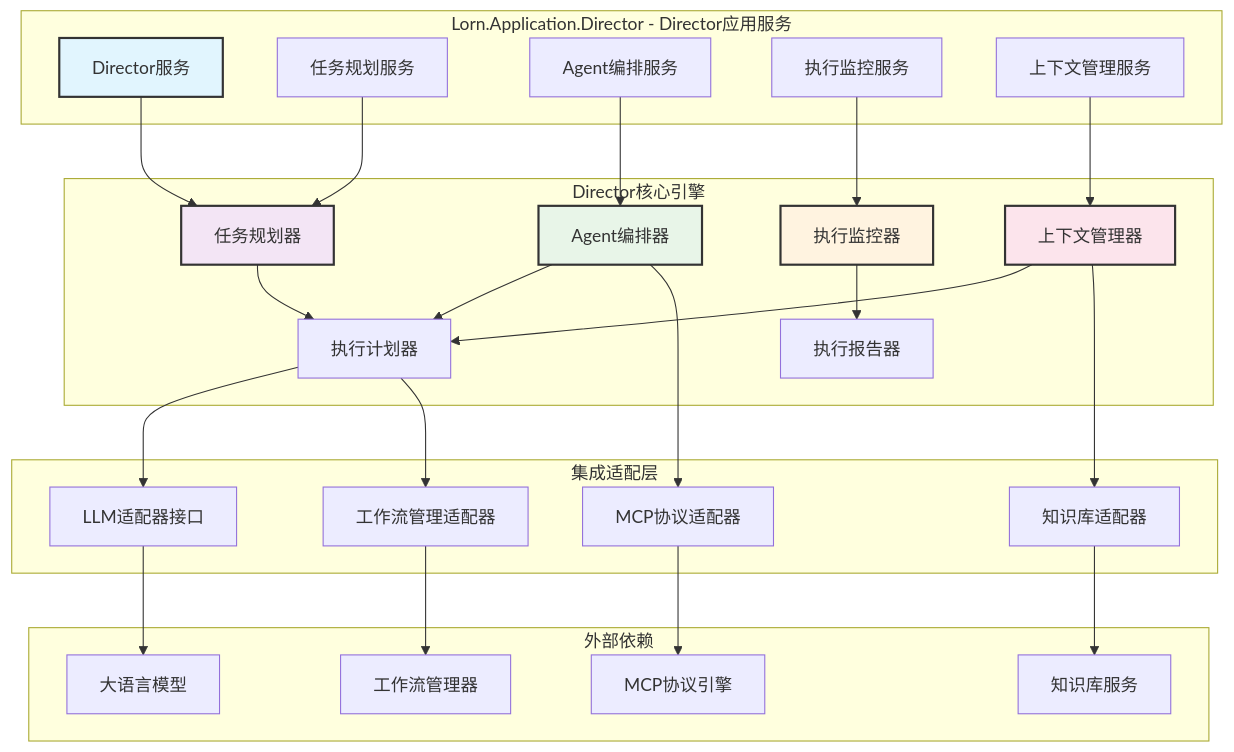
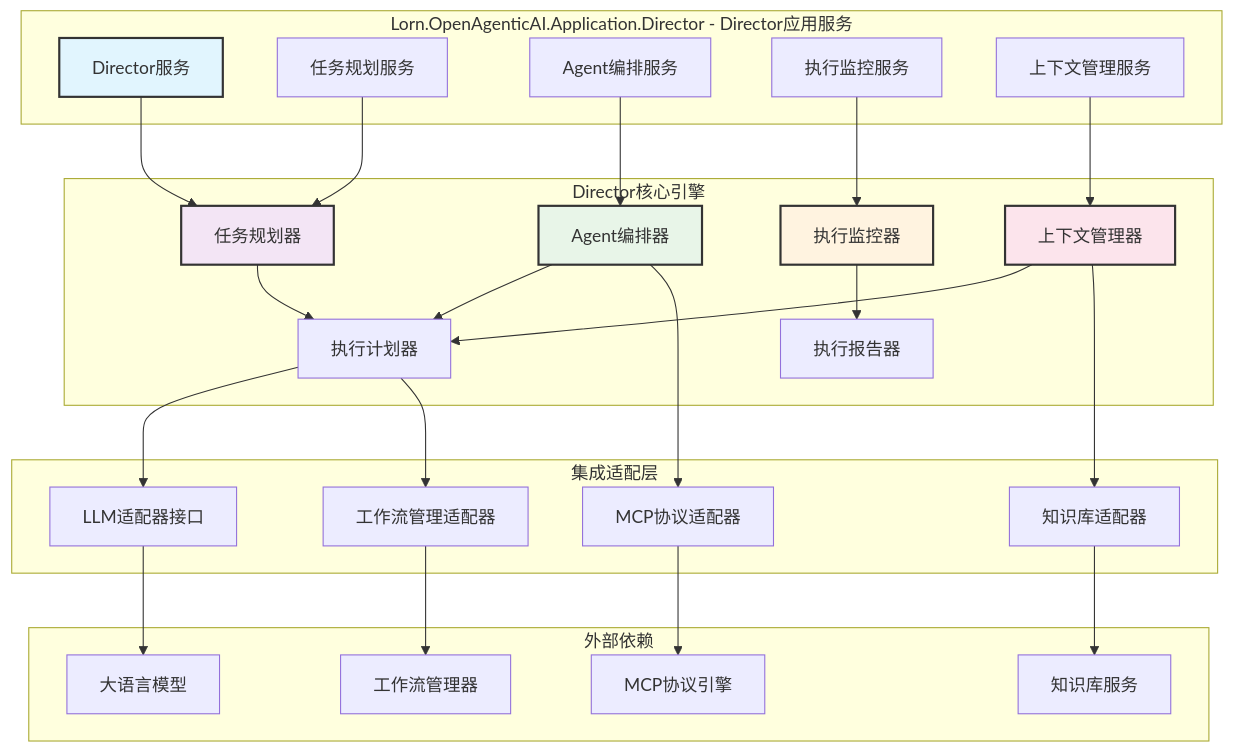
The second of 16 diagrams in docs_TecDesign/DirectorEngineDesign.md (lornshrimp/Lorn.OpenAgenticAI), drawn with Mermaid before and after one commit. The commit also changed other lines of this file and 87 other files, not shown here.

````diff
--- a/docs_TecDesign/DirectorEngineDesign.md
+++ b/docs_TecDesign/DirectorEngineDesign.md
@@ -111,60 +111,60 @@
 ```mermaid
 graph TB
-    subgraph "Lorn.Application.Director - Director应用服务"
+    subgraph "Lorn.OpenAgenticAI.Application.Director - Director应用服务"
         DS[Director服务]
         TPS[任务规划服务]
         AOS[Agent编排服务]
         EMS[执行监控服务]
         CMS[上下文管理服务]
     end
     
     subgraph "Director核心引擎"
         TP[任务规划器]
         AO[Agent编排器]
         EM[执行监控器]
         CM[上下文管理器]
         EP[执行计划器]
         ER[执行报告器]
     end
     
     subgraph "集成适配层"
         LLMA[LLM适配器接口]
         KBA[知识库适配器]
         WFMA[工作流管理适配器]
         MCPA[MCP协议适配器]
     end
     
     subgraph "外部依赖"
         LLM[大语言模型]
         KB[知识库服务]
         WFM[工作流管理器]
         MCP[MCP协议引擎]
     end
     
     DS --> TP
     TPS --> TP
     AOS --> AO
     EMS --> EM
     CMS --> CM
     
     TP --> EP
     AO --> EP
     EM --> ER
     CM --> EP
     
     EP --> LLMA
     CM --> KBA
     EP --> WFMA
     AO --> MCPA
     
     LLMA --> LLM
     KBA --> KB
     WFMA --> WFM
     MCPA --> MCP
     
     style DS fill:#e1f5fe,stroke:#333,stroke-width:2px
     style TP fill:#f3e5f5,stroke:#333,stroke-width:2px
     style AO fill:#e8f5e8,stroke:#333,stroke-width:2px
     style EM fill:#fff3e0,stroke:#333,stroke-width:2px
     style CM fill:#fce4ec,stroke:#333,stroke-width:2px
 ```
````
